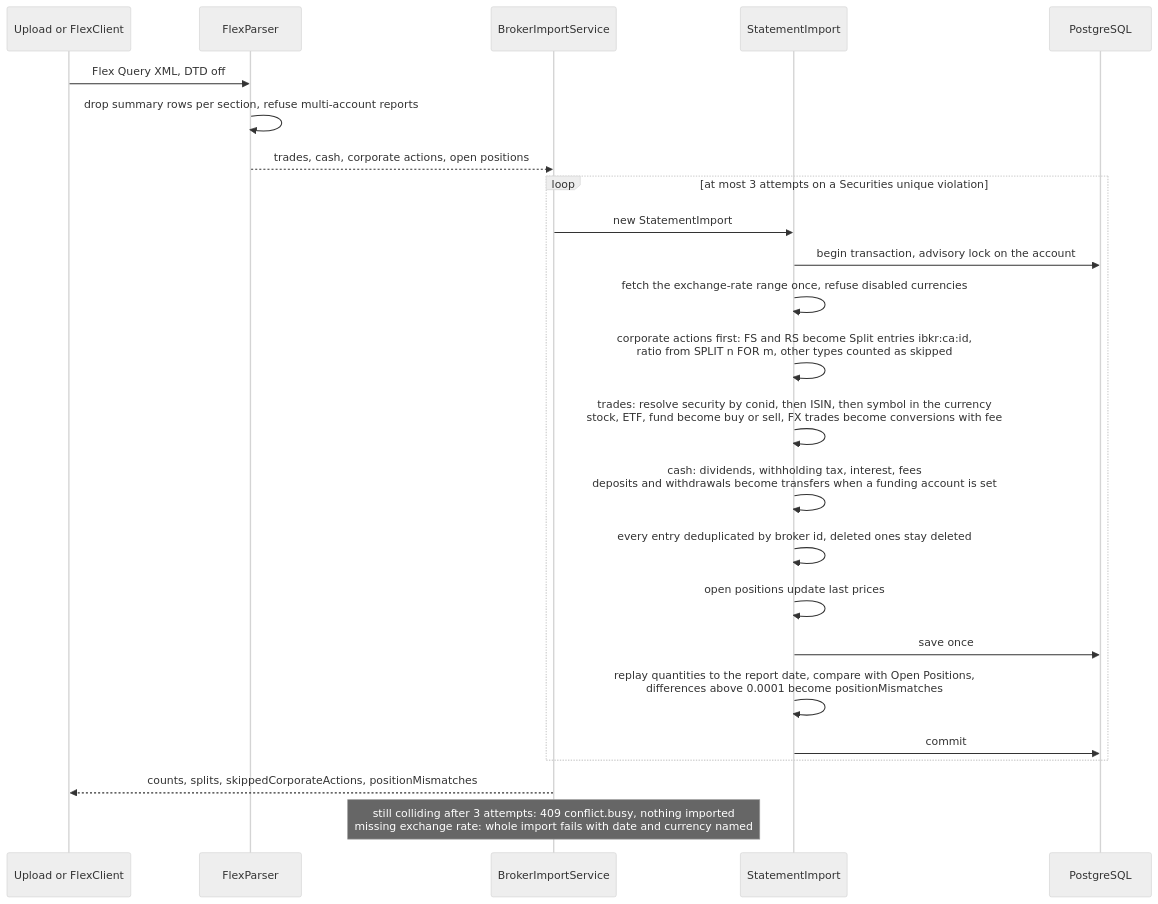
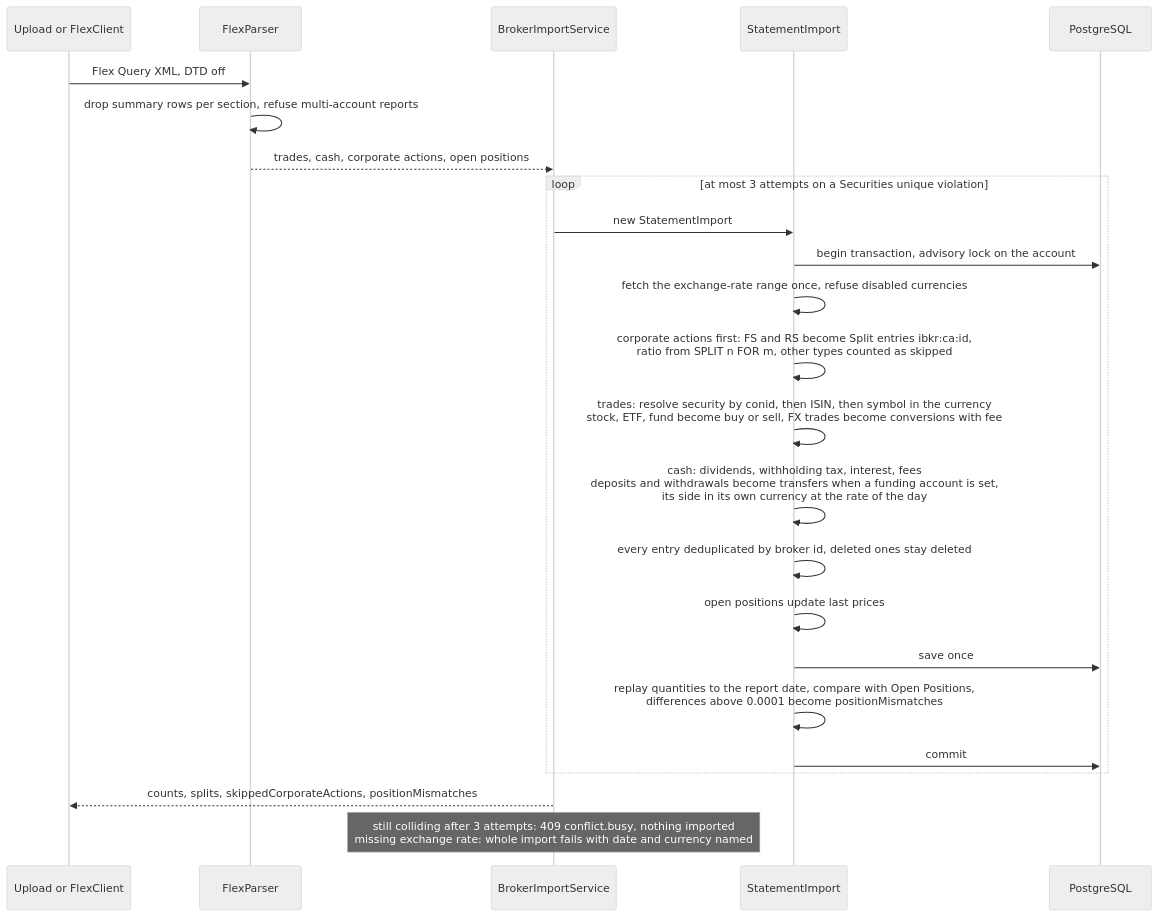
Before and after one commit to Justxs/Jx-Finance: the eighth of 9 diagrams in docs/features/20. Investments.md, drawn with Mermaid (neutral theme). The commit also changed 4 other files, not shown here.

First line of the commit message:
fix(backend): book broker deposits in the funding account's currency

````diff
--- a/docs/features/20. Investments.md
+++ b/docs/features/20. Investments.md
@@ -207,26 +207,26 @@
 ```mermaid
 sequenceDiagram
     participant Src as Upload or FlexClient
     participant Parser as FlexParser
     participant Imp as BrokerImportService
     participant Run as StatementImport
     participant Db as PostgreSQL
     Src->>Parser: Flex Query XML, DTD off
     Parser->>Parser: drop summary rows per section, refuse multi-account reports
     Parser-->>Imp: trades, cash, corporate actions, open positions
     loop at most 3 attempts on a Securities unique violation
         Imp->>Run: new StatementImport
         Run->>Db: begin transaction, advisory lock on the account
         Run->>Run: fetch the exchange-rate range once, refuse disabled currencies
         Run->>Run: corporate actions first: FS and RS become Split entries ibkr:ca:id,<br/>ratio from SPLIT n FOR m, other types counted as skipped
         Run->>Run: trades: resolve security by conid, then ISIN, then symbol in the currency<br/>stock, ETF, fund become buy or sell, FX trades become conversions with fee
-        Run->>Run: cash: dividends, withholding tax, interest, fees<br/>deposits and withdrawals become transfers when a funding account is set
+        Run->>Run: cash: dividends, withholding tax, interest, fees<br/>deposits and withdrawals become transfers when a funding account is set,<br/>its side in its own currency at the rate of the day
         Run->>Run: every entry deduplicated by broker id, deleted ones stay deleted
         Run->>Run: open positions update last prices
         Run->>Db: save once
         Run->>Run: replay quantities to the report date, compare with Open Positions,<br/>differences above 0.0001 become positionMismatches
         Run->>Db: commit
     end
     Imp-->>Src: counts, splits, skippedCorporateActions, positionMismatches
     Note over Imp: still colliding after 3 attempts: 409 conflict.busy, nothing imported<br/>missing exchange rate: whole import fails with date and currency named
 ```
````
